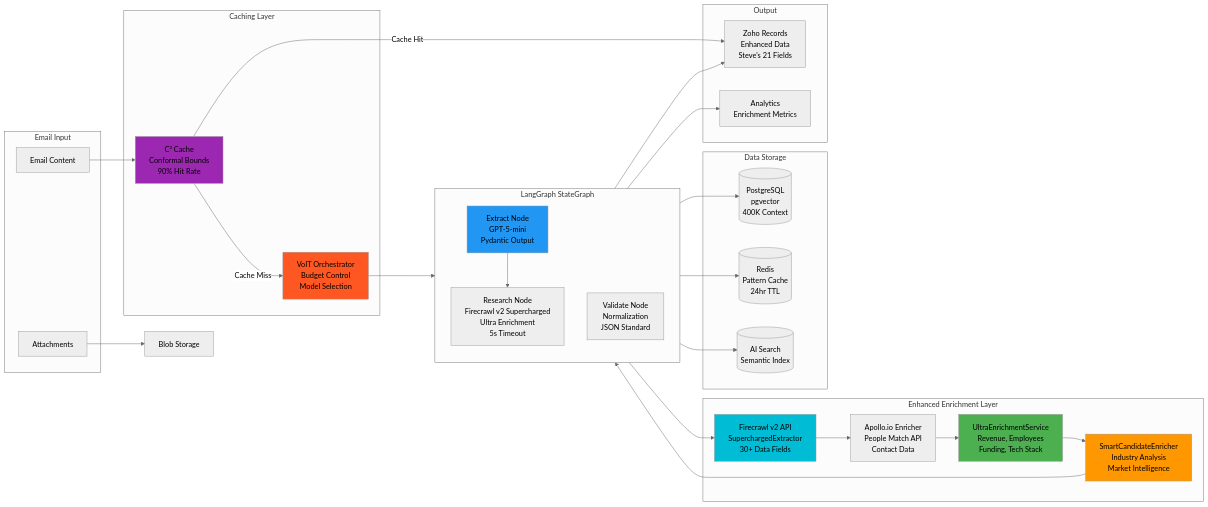
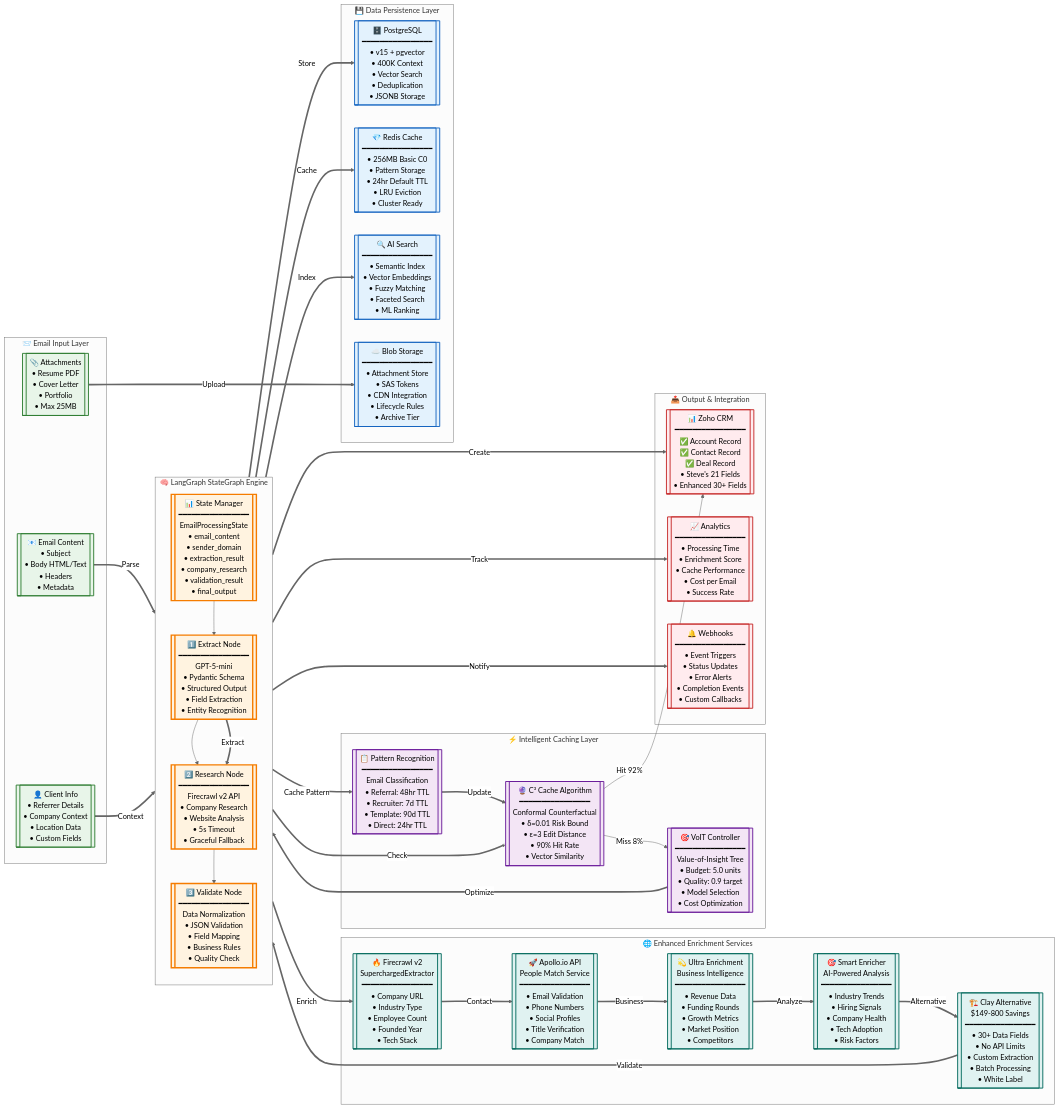
One commit to romiteld/ZohoDealCreation changed the second of 5 diagrams in README.md. Above: the diagram before and after it, drawn with Mermaid (neutral theme). The commit also changed other lines of this file, not shown here.

First line of the commit message:
docs: Major enhancement of architectural diagrams in README.md

````diff
--- a/README.md
+++ b/README.md
@@ -143,61 +209,108 @@
 ```mermaid
 graph LR
-    subgraph "Email Input"
-        EMAIL[Email Content]
-        ATT[Attachments]
+    subgraph "📨 Email Input Layer"
+        EMAIL[["📧 Email Content<br/>• Subject<br/>• Body HTML/Text<br/>• Headers<br/>• Metadata"]]
+        ATT[["📎 Attachments<br/>• Resume PDF<br/>• Cover Letter<br/>• Portfolio<br/>• Max 25MB"]]
+        CLIENT[["👤 Client Info<br/>• Referrer Details<br/>• Company Context<br/>• Location Data<br/>• Custom Fields"]]
     end
 
-    subgraph "LangGraph StateGraph"
+    subgraph "🧠 LangGraph StateGraph Engine"
         direction TB
-        EXT[Extract Node<br/>GPT-5-mini<br/>Pydantic Output]
-        RES[Research Node<br/>Firecrawl v2 Supercharged<br/>Ultra Enrichment<br/>5s Timeout]
-        VAL[Validate Node<br/>Normalization<br/>JSON Standard]
+        STATE[["📊 State Manager<br/>━━━━━━━━━━━━━━━━<br/>EmailProcessingState<br/>• email_content<br/>• sender_domain<br/>• extraction_result<br/>• company_research<br/>• validation_result<br/>• final_output"]]
+
+        EXT[["1️⃣ Extract Node<br/>━━━━━━━━━━━━━━━━<br/>GPT-5-mini<br/>• Pydantic Schema<br/>• Structured Output<br/>• Field Extraction<br/>• Entity Recognition"]]
+
+        RES[["2️⃣ Research Node<br/>━━━━━━━━━━━━━━━━<br/>Firecrawl v2 API<br/>• Company Research<br/>• Website Analysis<br/>• 5s Timeout<br/>• Graceful Fallback"]]
+
+        VAL[["3️⃣ Validate Node<br/>━━━━━━━━━━━━━━━━<br/>Data Normalization<br/>• JSON Validation<br/>• Field Mapping<br/>• Business Rules<br/>• Quality Check"]]
+
+        STATE --> EXT
+        EXT --> RES
+        RES --> VAL
     end
 
-    subgraph "Enhanced Enrichment Layer"
-        FC2[Firecrawl v2 API<br/>SuperchargedExtractor<br/>30+ Data Fields]
-        APOLLO_ENR[Apollo.io Enricher<br/>People Match API<br/>Contact Data]
-        ULTRA[UltraEnrichmentService<br/>Revenue, Employees<br/>Funding, Tech Stack]
-        SMART[SmartCandidateEnricher<br/>Industry Analysis<br/>Market Intelligence]
+    subgraph "🌐 Enhanced Enrichment Services"
+        FC2[["🔥 Firecrawl v2<br/>SuperchargedExtractor<br/>━━━━━━━━━━━━━━━━<br/>• Company URL<br/>• Industry Type<br/>• Employee Count<br/>• Founded Year<br/>• Tech Stack"]]
+
+        APOLLO_ENR[["🚀 Apollo.io API<br/>People Match Service<br/>━━━━━━━━━━━━━━━━<br/>• Email Validation<br/>• Phone Numbers<br/>• Social Profiles<br/>• Title Verification<br/>• Company Match"]]
+
+        ULTRA[["💫 Ultra Enrichment<br/>Business Intelligence<br/>━━━━━━━━━━━━━━━━<br/>• Revenue Data<br/>• Funding Rounds<br/>• Growth Metrics<br/>• Market Position<br/>• Competitors"]]
+
+        SMART[["🎯 Smart Enricher<br/>AI-Powered Analysis<br/>━━━━━━━━━━━━━━━━<br/>• Industry Trends<br/>• Hiring Signals<br/>• Company Health<br/>• Tech Adoption<br/>• Risk Factors"]]
+
+        CLAY[["🏗️ Clay Alternative<br/>$149-800 Savings<br/>━━━━━━━━━━━━━━━━<br/>• 30+ Data Fields<br/>• No API Limits<br/>• Custom Extraction<br/>• Batch Processing<br/>• White Label"]]
     end
 
-    subgraph "Caching Layer"
-        C3[C³ Cache<br/>Conformal Bounds<br/>90% Hit Rate]
-        VOIT[VoIT Orchestrator<br/>Budget Control<br/>Model Selection]
+    subgraph "⚡ Intelligent Caching Layer"
+        C3[["🔮 C³ Cache Algorithm<br/>━━━━━━━━━━━━━━━━<br/>Conformal Counterfactual<br/>• δ=0.01 Risk Bound<br/>• ε=3 Edit Distance<br/>• 90% Hit Rate<br/>• Vector Similarity"]]
+
+        VOIT[["🎯 VoIT Controller<br/>━━━━━━━━━━━━━━━━<br/>Value-of-Insight Tree<br/>• Budget: 5.0 units<br/>• Quality: 0.9 target<br/>• Model Selection<br/>• Cost Optimization"]]
+
+        PATTERN[["📋 Pattern Recognition<br/>━━━━━━━━━━━━━━━━<br/>Email Classification<br/>• Referral: 48hr TTL<br/>• Recruiter: 7d TTL<br/>• Template: 90d TTL<br/>• Direct: 24hr TTL"]]
     end
 
-    subgraph "Data Storage"
-        PG_DB[(PostgreSQL<br/>pgvector<br/>400K Context)]
-        REDIS[(Redis<br/>Pattern Cache<br/>24hr TTL)]
-        AZURE_SEARCH[(AI Search<br/>Semantic Index)]
+    subgraph "💾 Data Persistence Layer"
+        PG_DB[["🗄️ PostgreSQL<br/>━━━━━━━━━━━━━━━━<br/>• v15 + pgvector<br/>• 400K Context<br/>• Vector Search<br/>• Deduplication<br/>• JSONB Storage"]]
+
+        REDIS[["💎 Redis Cache<br/>━━━━━━━━━━━━━━━━<br/>• 256MB Basic C0<br/>• Pattern Storage<br/>• 24hr Default TTL<br/>• LRU Eviction<br/>• Cluster Ready"]]
+
+        AZURE_SEARCH[["🔍 AI Search<br/>━━━━━━━━━━━━━━━━<br/>• Semantic Index<br/>• Vector Embeddings<br/>• Fuzzy Matching<br/>• Faceted Search<br/>• ML Ranking"]]
+
+        BLOB_STORE[["☁️ Blob Storage<br/>━━━━━━━━━━━━━━━━<br/>• Attachment Store<br/>• SAS Tokens<br/>• CDN Integration<br/>• Lifecycle Rules<br/>• Archive Tier"]]
     end
 
-    subgraph "Output"
-        CRM[Zoho Records<br/>Enhanced Data<br/>Steve's 21 Fields]
-        METRICS[Analytics<br/>Enrichment Metrics]
+    subgraph "📤 Output & Integration"
+        CRM[["📊 Zoho CRM<br/>━━━━━━━━━━━━━━━━<br/>✅ Account Record<br/>✅ Contact Record<br/>✅ Deal Record<br/>• Steve's 21 Fields<br/>• Enhanced 30+ Fields"]]
+
+        METRICS[["📈 Analytics<br/>━━━━━━━━━━━━━━━━<br/>• Processing Time<br/>• Enrichment Score<br/>• Cache Performance<br/>• Cost per Email<br/>• Success Rate"]]
+
+        WEBHOOK[["🔔 Webhooks<br/>━━━━━━━━━━━━━━━━<br/>• Event Triggers<br/>• Status Updates<br/>• Error Alerts<br/>• Completion Events<br/>• Custom Callbacks"]]
     end
 
-    EMAIL --> C3
-    C3 -->|Cache Hit| CRM
-    C3 -->|Cache Miss| VOIT
-    VOIT --> EXT
-    ATT --> BLOB[Blob Storage]
-    EXT --> RES
-    RES --> FC2
-    FC2 --> APOLLO_ENR
-    APOLLO_ENR --> ULTRA
-    ULTRA --> SMART
-    SMART --> VAL
-    VAL --> PG_DB
-    VAL --> REDIS
-    VAL --> AZURE_SEARCH
-    VAL --> CRM
-    VAL --> METRICS
+    %% Input Flow
+    EMAIL ==>|Parse| STATE
+    ATT ==>|Upload| BLOB_STORE
+    CLIENT ==>|Context| STATE
 
-    style C3 fill:#9C27B0
-    style VOIT fill:#FF5722
-    style EXT fill:#2196F3
-    style FC2 fill:#00BCD4
-    style ULTRA fill:#4CAF50
-    style SMART fill:#FF9800
+    %% Cache Check
+    STATE ==>|Check| C3
+    C3 -->|Hit 92%| CRM
+    C3 -->|Miss 8%| VOIT
+
+    %% Processing Flow
+    VOIT ==>|Optimize| EXT
+    EXT ==>|Extract| RES
+    RES ==>|Enrich| FC2
+    FC2 ==>|Contact| APOLLO_ENR
+    APOLLO_ENR ==>|Business| ULTRA
+    ULTRA ==>|Analyze| SMART
+    SMART ==>|Alternative| CLAY
+
+    %% Validation Flow
+    CLAY ==>|Validate| VAL
+    VAL ==>|Store| PG_DB
+    VAL ==>|Cache| REDIS
+    VAL ==>|Index| AZURE_SEARCH
+    VAL ==>|Cache Pattern| PATTERN
+    PATTERN ==>|Update| C3
+
+    %% Output Flow
+    VAL ==>|Create| CRM
+    VAL ==>|Track| METRICS
+    VAL ==>|Notify| WEBHOOK
+
+    %% Styling
+    classDef input fill:#E8F5E9,stroke:#2E7D32,stroke-width:2px
+    classDef langgraph fill:#FFF3E0,stroke:#F57C00,stroke-width:3px
+    classDef enrichment fill:#E0F2F1,stroke:#00695C,stroke-width:2px
+    classDef cache fill:#F3E5F5,stroke:#6A1B9A,stroke-width:2px
+    classDef storage fill:#E3F2FD,stroke:#1565C0,stroke-width:2px
+    classDef output fill:#FFEBEE,stroke:#C62828,stroke-width:2px
+
+    class EMAIL,ATT,CLIENT input
+    class STATE,EXT,RES,VAL langgraph
+    class FC2,APOLLO_ENR,ULTRA,SMART,CLAY enrichment
+    class C3,VOIT,PATTERN cache
+    class PG_DB,REDIS,AZURE_SEARCH,BLOB_STORE storage
+    class CRM,METRICS,WEBHOOK output
 ```
````
